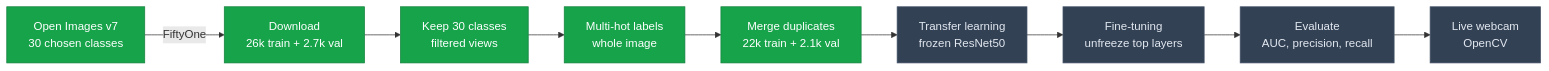
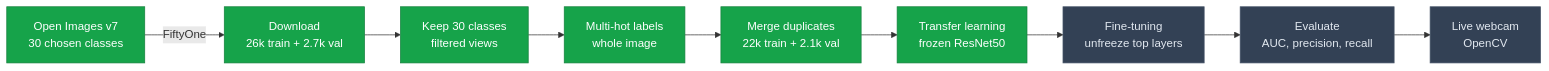
The diagram in README.md (python-is-life2022/image-classification-resnet-finetuning), drawn with Mermaid before and after one commit. The commit also changed other lines of this file, not shown here.

````diff
--- a/README.md
+++ b/README.md
@@ -37,17 +37,17 @@
 ```mermaid
 flowchart LR
     A["Open Images v7<br/>30 chosen classes"] -->|FiftyOne| B["Download<br/>26k train + 2.7k val"]
     B --> C["Keep 30 classes<br/>filtered views"]
     C --> D["Multi-hot labels<br/>whole image"]
     D --> E["Merge duplicates<br/>22k train + 2.1k val"]
     E --> F["Transfer learning<br/>frozen ResNet50"]
     F --> G["Fine-tuning<br/>unfreeze top layers"]
     G --> H["Evaluate<br/>AUC, precision, recall"]
     H --> I["Live webcam<br/>OpenCV"]
 
     classDef done fill:#16a34a,stroke:#15803d,color:#fff;
     classDef wip fill:#f59e0b,stroke:#b45309,color:#fff;
     classDef todo fill:#334155,stroke:#475569,color:#e2e8f0;
-    class A,B,C,D,E done;
-    class F,G,H,I todo;
+    class A,B,C,D,E,F done;
+    class G,H,I todo;
 ```
````
